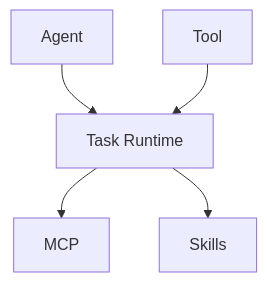
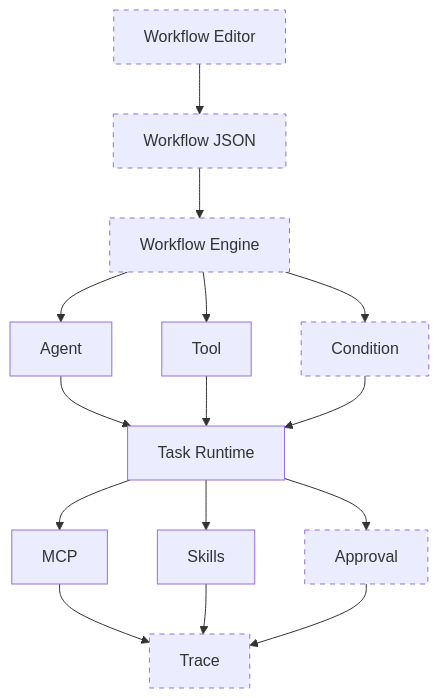
The diagram in docs/architecture/03-v0.8.0.md (WaitingChen0117/agent-workbench), drawn with Mermaid before and after one commit. The commit also changed other lines of this file and 6 other files, not shown here.

Commit message:
Show the full architecture in every version, marking layers not built yet.

````diff
--- a/docs/architecture/03-v0.8.0.md
+++ b/docs/architecture/03-v0.8.0.md
@@ -7,7 +7,31 @@
 ```mermaid
 flowchart TB
-  agent["Agent"] --> runtime["Task Runtime"]
-  tool["Tool"] --> runtime
-  runtime --> mcp["MCP"]
-  runtime --> skills["Skills"]
+  editor["Workflow Editor"]
+  json["Workflow JSON"]
+  engine["Workflow Engine"]
+  agent["Agent"]
+  tool["Tool"]
+  condition["Condition"]
+  runtime["Task Runtime"]
+  mcp["MCP"]
+  skills["Skills"]
+  approval["Approval"]
+  trace["Trace"]
+
+  editor --> json --> engine
+  engine --> agent
+  engine --> tool
+  engine --> condition
+  agent --> runtime
+  tool --> runtime
+  condition --> runtime
+  runtime --> mcp
+  runtime --> skills
+  runtime --> approval
+  mcp --> trace
+  skills --> trace
+  approval --> trace
+
+  classDef missing stroke-dasharray: 5 5
+  class editor,json,engine,condition,approval,trace missing
 ```
````
